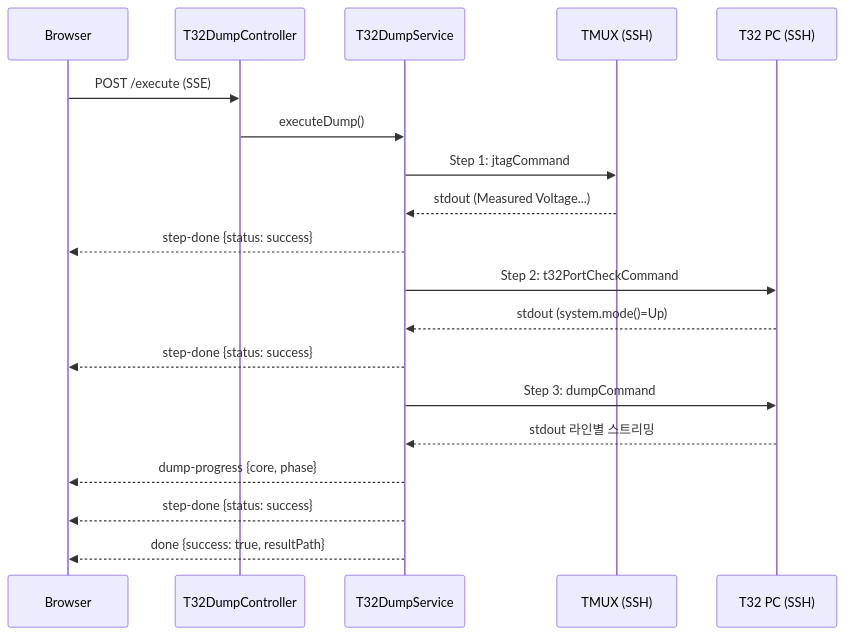
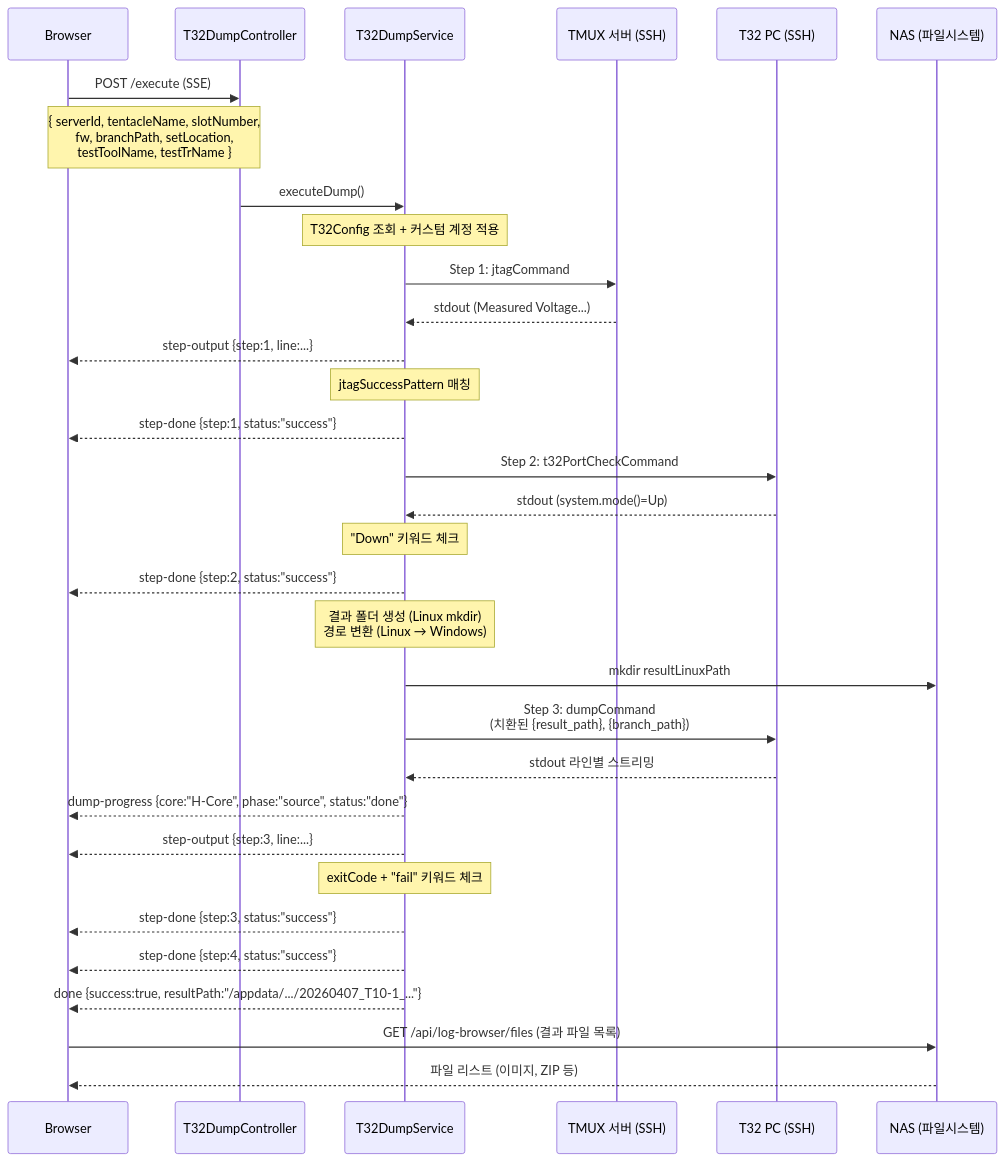
The fourth of 4 diagrams in src/content/docs/architecture/t32-dump.md (kakaromo/kakaromo.github.io), drawn with Mermaid before and after one commit. The commit also changed other lines of this file and 2 other files, not shown here.

First line of the commit message:
docs: T32 Dump 문서 전면 재작성 — 가이드/아키텍처/API

````diff
--- a/src/content/docs/architecture/t32-dump.md
+++ b/src/content/docs/architecture/t32-dump.md
@@ -126,26 +176,42 @@
 ```mermaid
 sequenceDiagram
     participant B as Browser
     participant C as T32DumpController
     participant S as T32DumpService
-    participant TMUX as TMUX (SSH)
+    participant TMUX as TMUX 서버 (SSH)
     participant T32 as T32 PC (SSH)
+    participant NAS as NAS (파일시스템)
 
     B->>C: POST /execute (SSE)
+    Note over B,C: { serverId, tentacleName, slotNumber,<br/>fw, branchPath, setLocation,<br/>testToolName, testTrName }
     C->>S: executeDump()
+
+    Note over S: T32Config 조회 + 커스텀 계정 적용
 
     S->>TMUX: Step 1: jtagCommand
     TMUX-->>S: stdout (Measured Voltage...)
-    S-->>B: step-done {status: success}
+    S-->>B: step-output {step:1, line:...}
+    Note over S: jtagSuccessPattern 매칭
+    S-->>B: step-done {step:1, status:"success"}
 
     S->>T32: Step 2: t32PortCheckCommand
     T32-->>S: stdout (system.mode()=Up)
-    S-->>B: step-done {status: success}
+    Note over S: "Down" 키워드 체크
+    S-->>B: step-done {step:2, status:"success"}
 
-    S->>T32: Step 3: dumpCommand
+    Note over S: 결과 폴더 생성 (Linux mkdir)<br/>경로 변환 (Linux → Windows)
+
+    S->>NAS: mkdir resultLinuxPath
+    S->>T32: Step 3: dumpCommand<br/>(치환된 {result_path}, {branch_path})
     T32-->>S: stdout 라인별 스트리밍
-    S-->>B: dump-progress {core, phase}
-    S-->>B: step-done {status: success}
+    S-->>B: dump-progress {core:"H-Core", phase:"source", status:"done"}
+    S-->>B: step-output {step:3, line:...}
+    Note over S: exitCode + "fail" 키워드 체크
+    S-->>B: step-done {step:3, status:"success"}
 
-    S-->>B: done {success: true, resultPath}
+    S-->>B: step-done {step:4, status:"success"}
+    S-->>B: done {success:true, resultPath:"/appdata/.../20260407_T10-1_..."}
+
+    B->>NAS: GET /api/log-browser/files (결과 파일 목록)
+    NAS-->>B: 파일 리스트 (이미지, ZIP 등)
 ```
````
